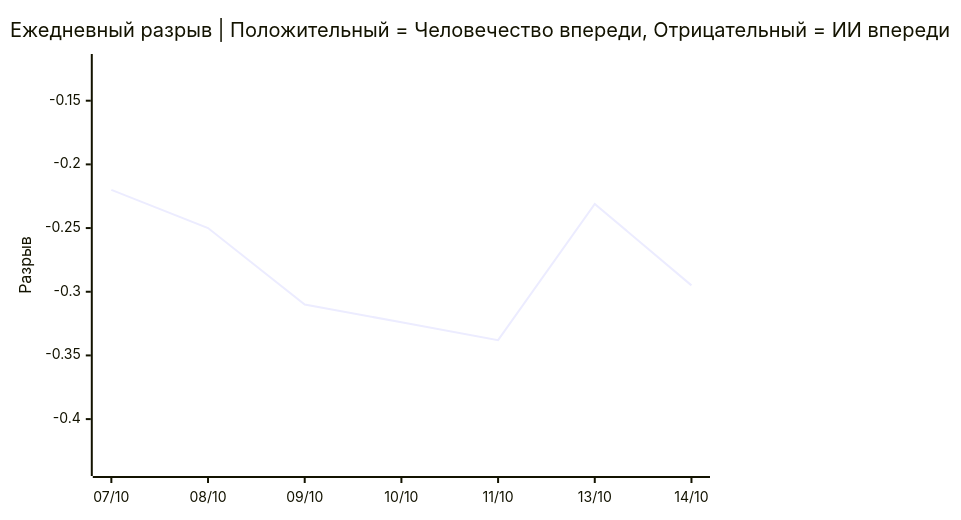
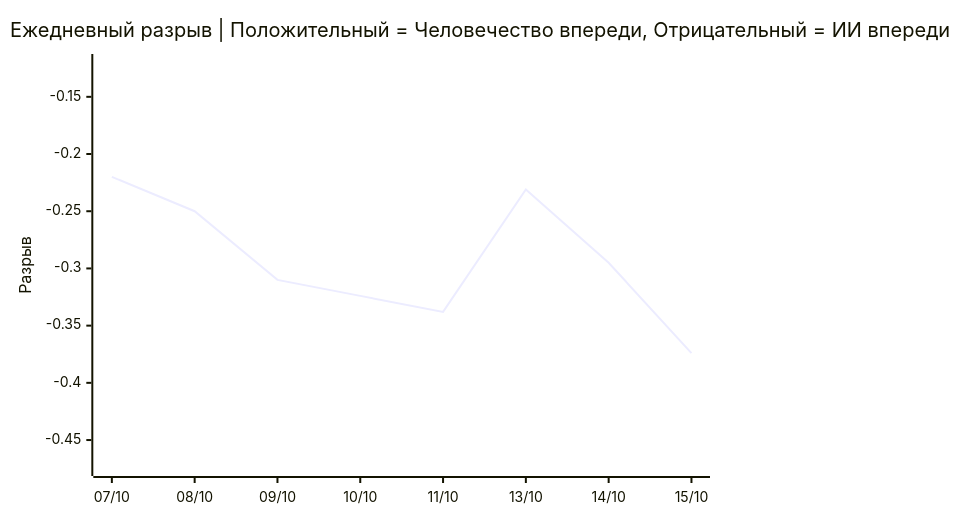
One commit to VQQLK/Human-AI-Monitor changed the third of 3 diagrams in README.ru.md. Above: the diagram before and after it, drawn with Mermaid. The commit also changed other lines of this file and 5 other files, not shown here.

````diff
--- a/README.ru.md
+++ b/README.ru.md
@@ -54,7 +54,7 @@
 ```mermaid
 xychart-beta
     title "Ежедневный разрыв | Положительный = Человечество впереди, Отрицательный = ИИ впереди"
-    x-axis ["07/10", "08/10", "09/10", "10/10", "11/10", "13/10", "14/10"]
-    y-axis "Разрыв" -0.438 --> -0.120
-    line [-0.220, -0.250, -0.310, -0.324, -0.338, -0.231, -0.295]
+    x-axis ["07/10", "08/10", "09/10", "10/10", "11/10", "13/10", "14/10", "15/10"]
+    y-axis "Разрыв" -0.474 --> -0.120
+    line [-0.220, -0.250, -0.310, -0.324, -0.338, -0.231, -0.295, -0.374]
 ```
````
